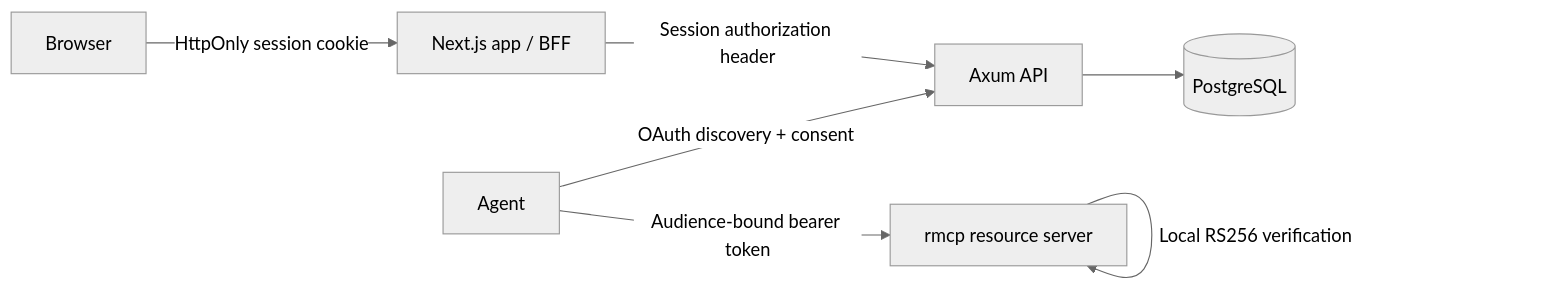
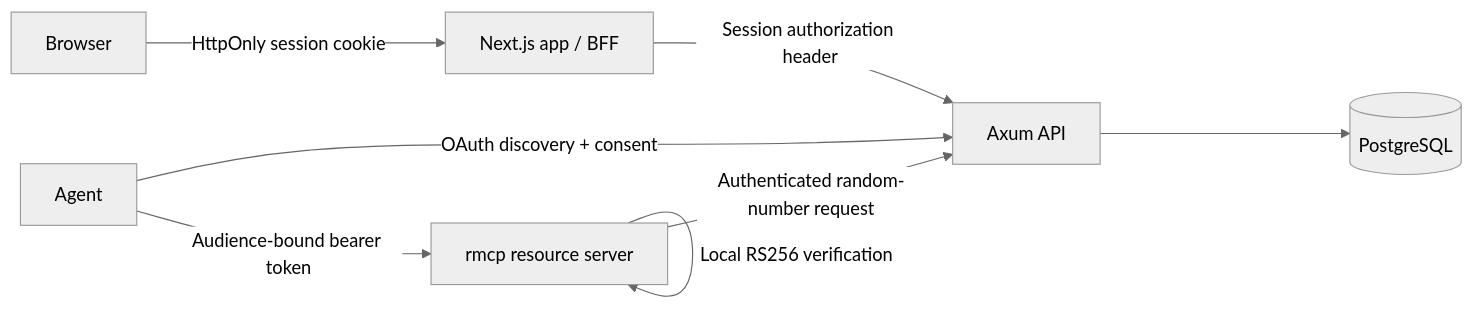
One commit to saugardev/saas-template changed the diagram in apps/docs/content/docs/architecture.mdx. Above: the diagram before and after it, drawn with Mermaid (neutral theme). The commit also changed other lines of this file and 10 other files, not shown here.

````diff
--- a/apps/docs/content/docs/architecture.mdx
+++ b/apps/docs/content/docs/architecture.mdx
@@ -6,9 +6,10 @@
 ```mermaid
 flowchart LR
   Browser -->|HttpOnly session cookie| Web[Next.js app / BFF]
   Web -->|Session authorization header| API[Axum API]
   Agent -->|OAuth discovery + consent| API
   Agent -->|Audience-bound bearer token| MCP[rmcp resource server]
   API --> DB[(PostgreSQL)]
   MCP -->|Local RS256 verification| MCP
+  MCP -->|Authenticated random-number request| API
 ```
````
